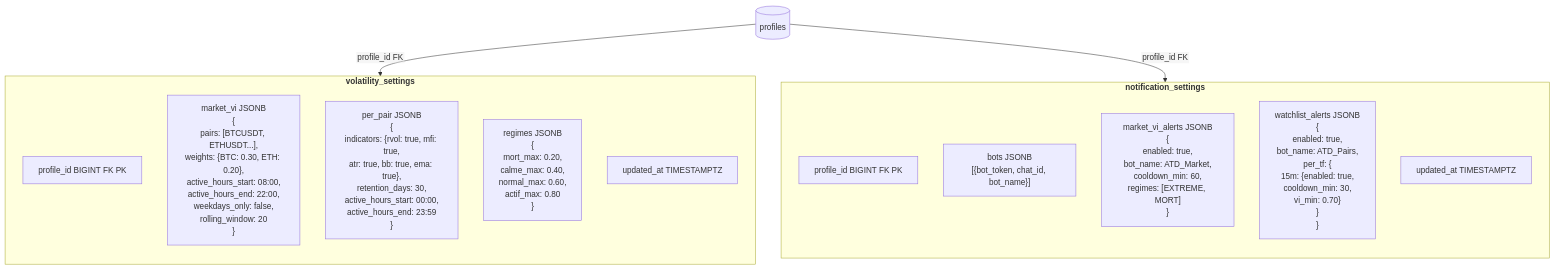
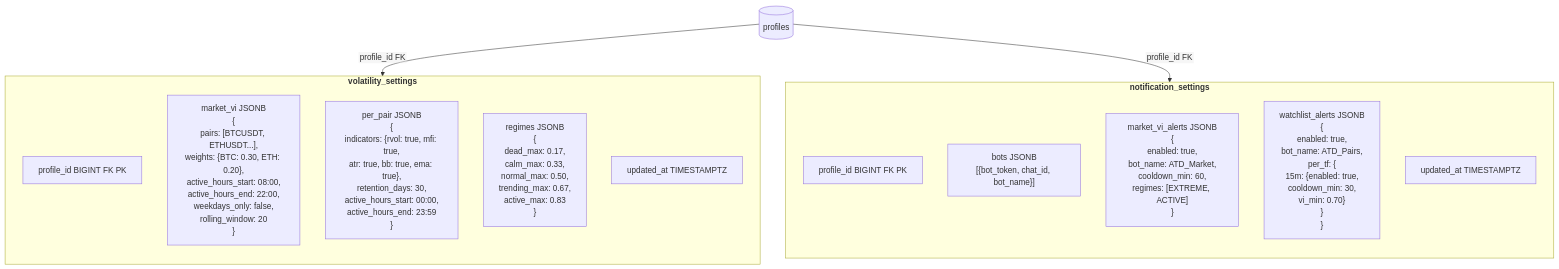
One commit to lyoubimr/AlphaTradingDesk changed the fifth of 6 diagrams in docs/architecture/diagrams/06-phase2-database-schema.md. Above: the diagram before and after it, drawn with Mermaid. The commit also changed other lines of this file and 1 other file, not shown here.

Commit message:
refactor(phase2): 6-regime scale — add TRENDING band, even 0.167 spacing, English labels

````diff
--- a/docs/architecture/diagrams/06-phase2-database-schema.md
+++ b/docs/architecture/diagrams/06-phase2-database-schema.md
@@ -182,62 +182,63 @@
 ```mermaid
 %%{init: {"flowchart": {"htmlLabels": false}} }%%
 flowchart TD
     subgraph VCFG["`**volatility_settings**`"]
         direction TB
         vk1["`profile_id BIGINT FK PK`"]
         vk2["`market_vi JSONB
         {
           pairs: [BTCUSDT, ETHUSDT...],
           weights: {BTC: 0.30, ETH: 0.20},
           active_hours_start: 08:00,
           active_hours_end: 22:00,
           weekdays_only: false,
           rolling_window: 20
         }`"]
         vk3["`per_pair JSONB
         {
           indicators: {rvol: true, mfi: true,
                        atr: true, bb: true, ema: true},
           retention_days: 30,
           active_hours_start: 00:00,
           active_hours_end: 23:59
         }`"]
         vk4["`regimes JSONB
         {
-          mort_max: 0.20,
-          calme_max: 0.40,
-          normal_max: 0.60,
-          actif_max: 0.80
+          dead_max: 0.17,
+          calm_max: 0.33,
+          normal_max: 0.50,
+          trending_max: 0.67,
+          active_max: 0.83
         }`"]
         vk5["`updated_at TIMESTAMPTZ`"]
     end
 
     subgraph NCFG["`**notification_settings**`"]
         direction TB
         nk1["`profile_id BIGINT FK PK`"]
         nk2["`bots JSONB
         [{bot_token, chat_id, bot_name}]`"]
         nk3["`market_vi_alerts JSONB
         {
           enabled: true,
           bot_name: ATD_Market,
           cooldown_min: 60,
-          regimes: [EXTREME, MORT]
+          regimes: [EXTREME, ACTIVE]
         }`"]
         nk4["`watchlist_alerts JSONB
         {
           enabled: true,
           bot_name: ATD_Pairs,
           per_tf: {
             15m: {enabled: true,
                   cooldown_min: 30,
                   vi_min: 0.70}
           }
         }`"]
         nk5["`updated_at TIMESTAMPTZ`"]
     end
 
     profiles_ref[("profiles")]
     profiles_ref -->|profile_id FK| VCFG
     profiles_ref -->|profile_id FK| NCFG
 ```
````
